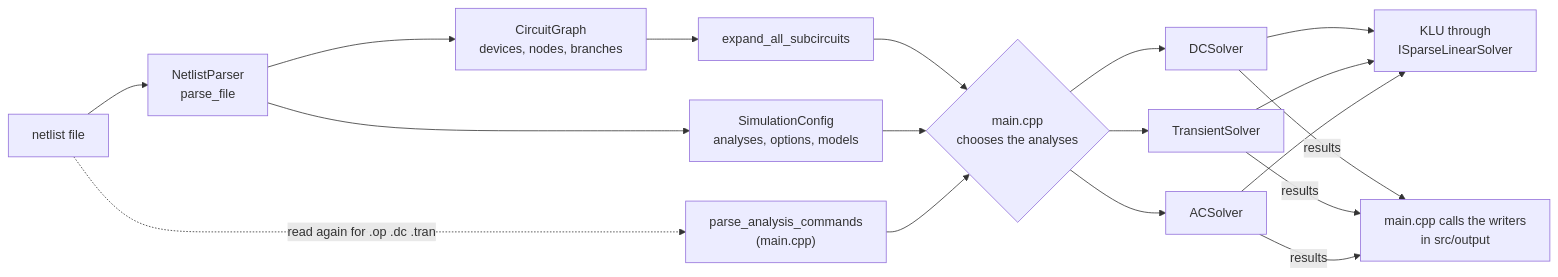
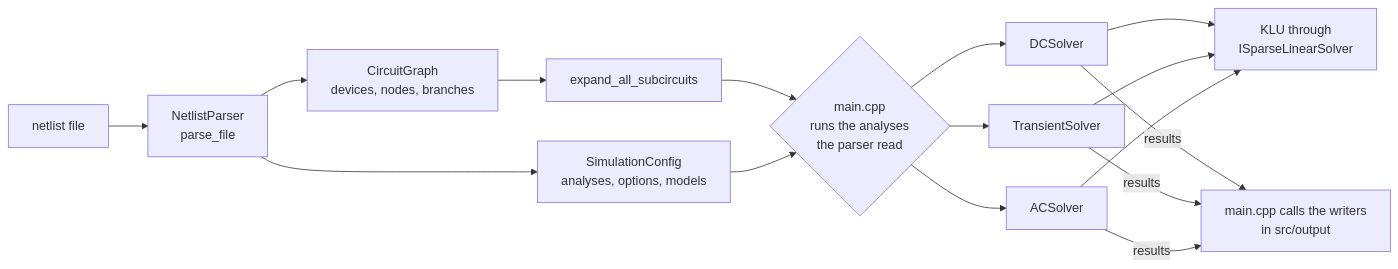
The first of 5 diagrams in docs/ARCHITECTURE.md (kurochan001/kirimaspice), drawn with Mermaid before and after one commit. The commit also changed other lines of this file and 19 other files, not shown here.

````diff
--- a/docs/ARCHITECTURE.md
+++ b/docs/ARCHITECTURE.md
@@ -35,14 +35,13 @@
 ```mermaid
 flowchart LR
     N[netlist file] --> P[NetlistParser<br/>parse_file]
-    N -. "read again for .op .dc .tran" .-> A["parse_analysis_commands<br/>(main.cpp)"]
     P --> C[CircuitGraph<br/>devices, nodes, branches]
     P --> S[SimulationConfig<br/>analyses, options, models]
     C --> X[expand_all_subcircuits]
-    X & S & A --> M{main.cpp<br/>chooses the analyses}
+    X & S --> M{main.cpp<br/>runs the analyses<br/>the parser read}
     M --> DC[DCSolver]
     M --> TR[TransientSolver]
     M --> AC[ACSolver]
     DC & TR & AC --> K[KLU through<br/>ISparseLinearSolver]
     DC & TR & AC -->|results| W["main.cpp calls the writers<br/>in src/output"]
 ```
````
